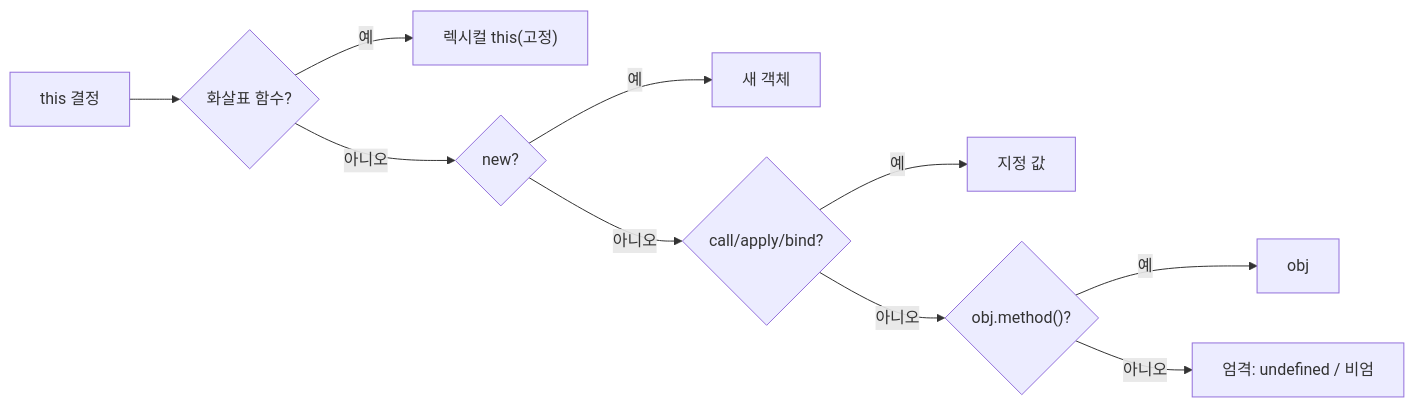
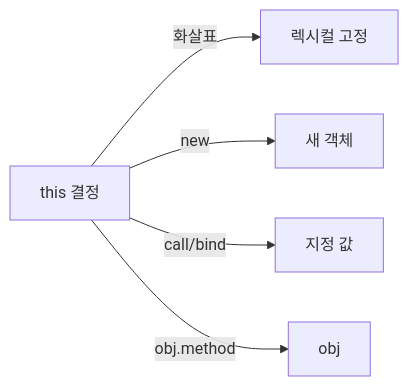
One commit to yjkim2015/yjkim2015.github.io changed the seventh of 7 diagrams in _posts/frontend/2026-05-02-js-this-binding.md. Above: the diagram before and after it, drawn with Mermaid. The commit also changed other lines of this file and 163 other files, not shown here.

First line of the commit message:
Mermaid 300개 블록 내용 축소: 5노드 5엣지 이하, 의미 있는 약어

````diff
--- a/_posts/frontend/2026-05-02-js-this-binding.md
+++ b/_posts/frontend/2026-05-02-js-this-binding.md
@@ -580,12 +564,7 @@
 ```mermaid
-flowchart LR
-    A["this 결정"] --> B{"화살표 함수?"}
-    B -->|예| B1["렉시컬 this(고정)"]
-    B -->|아니오| C{"new?"}
-    C -->|예| C1["새 객체"]
-    C -->|아니오| D{"call/apply/bind?"}
-    D -->|예| D1["지정 값"]
-    D -->|아니오| E{"obj.method()?"}
-    E -->|예| E1["obj"]
-    E -->|아니오| F1["엄격: undefined / 비엄"]
+graph LR
+    A["this 결정"] -->|"화살표"| B["렉시컬 고정"]
+    A -->|"new"| C["새 객체"]
+    A -->|"call/bind"| D["지정 값"]
+    A -->|"obj.method"| E["obj"]
 ```
````
